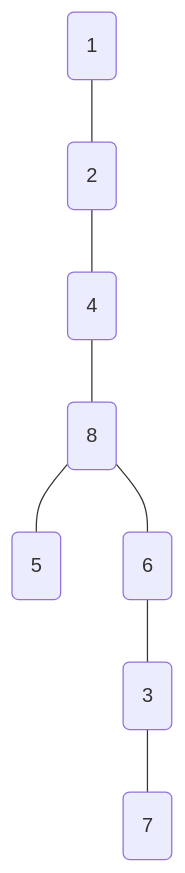
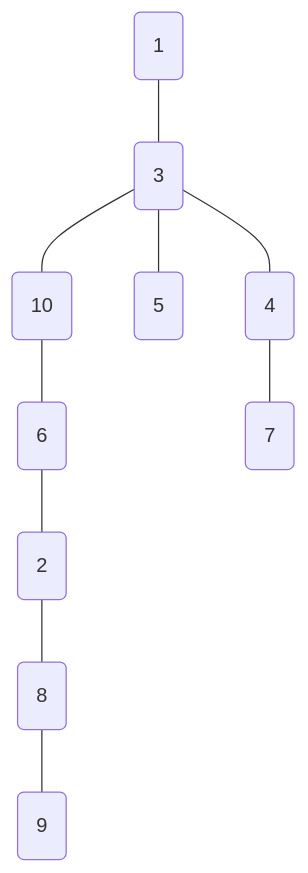
Before and after one commit to Austin1153/DSA: the diagram in HW02_DSA(2)/DFS.md, drawn with Mermaid. The commit also changed other lines of this file and 8 other files, not shown here.

````diff
--- a/HW02_DSA(2)/DFS.md
+++ b/HW02_DSA(2)/DFS.md
@@ -2,18 +2,22 @@
 ```mermaid
  graph TD
 	A1(1)
 	A2(2)
 	A3(3)
 	A4(4)
 	A5(5)
 	A6(6)
 	A7(7)
 	A8(8)
-	A1 --- A2
-	A2 --- A4
-	A4 --- A8
-	A8 --- A5
-	A8 --- A6
-	A6 --- A3
-	A3 --- A7
+	A9(9)
+	A10(10)
+	A1 --- A3
+	A3 --- A4
+	A4 --- A7
+	A3 --- A5
+	A3 --- A10
+	A10 --- A6
+	A6 --- A2
+	A2 --- A8
+	A8 --- A9
 ```
````
